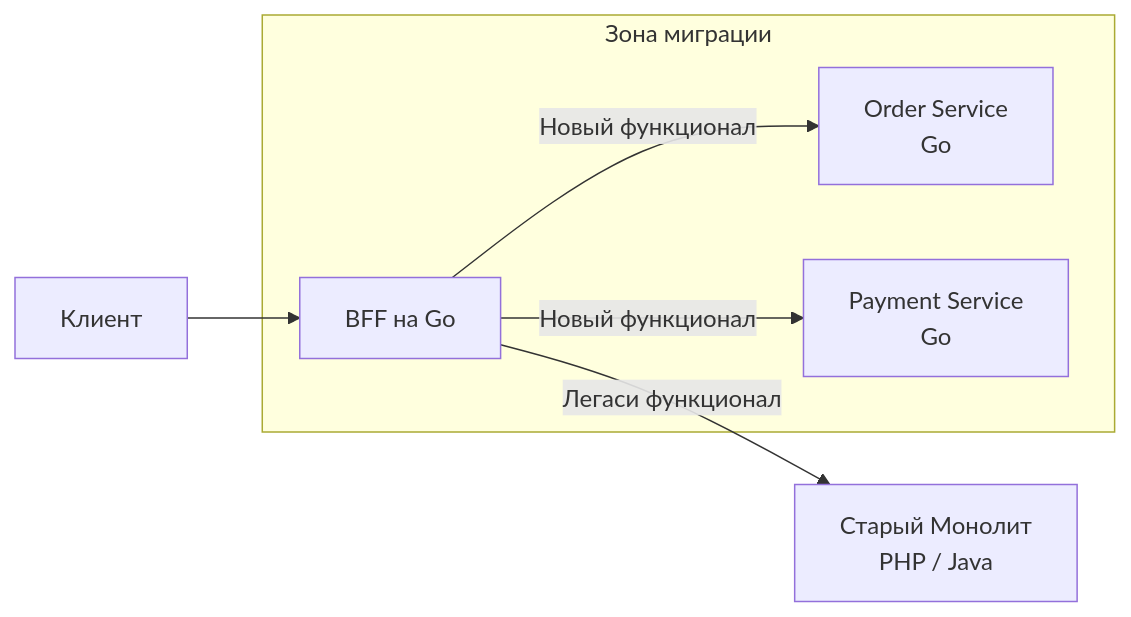
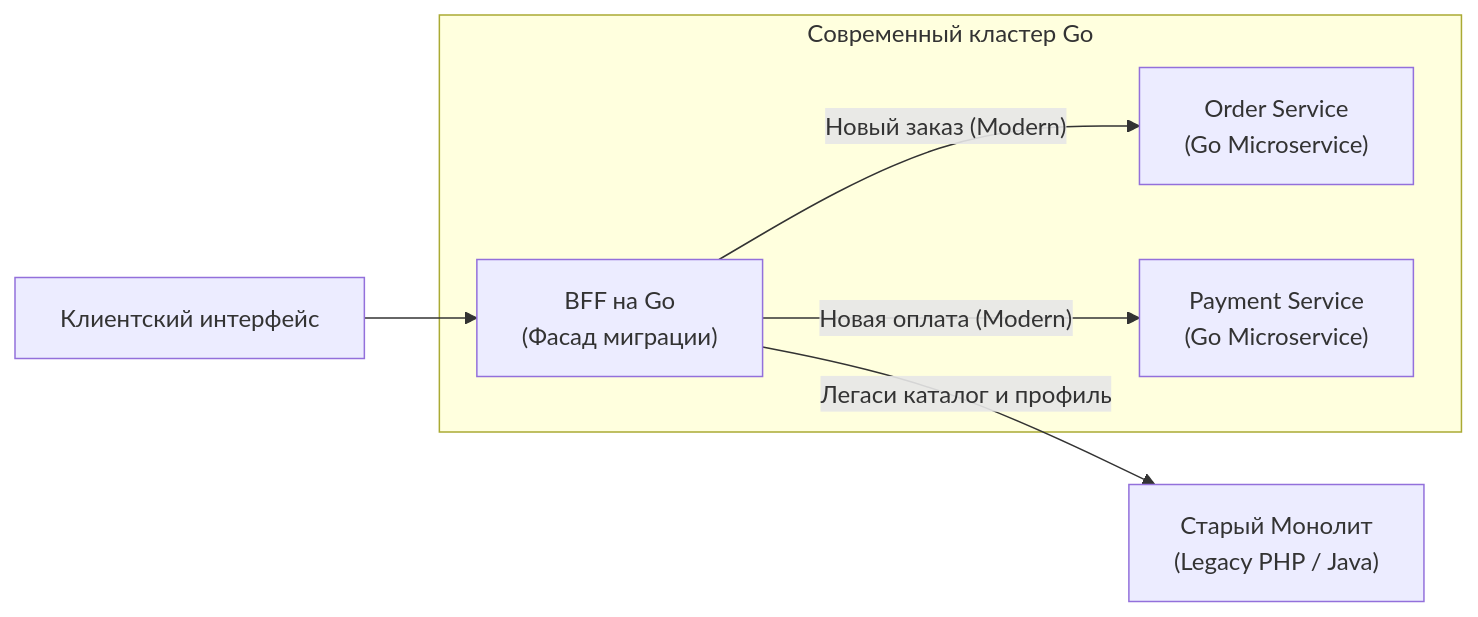
The second of 2 diagrams in sources/14. Распределенные системы на Go/09. Паттерны/6. Backend for frontend.md (UnrealTemplier/go-textbook), drawn with Mermaid before and after one commit. The commit also changed other lines of this file, not shown here.

````diff
--- a/sources/14. Распределенные системы на Go/09. Паттерны/6. Backend for frontend.md
+++ b/sources/14. Распределенные системы на Go/09. Паттерны/6. Backend for frontend.md
@@ -42,15 +68,15 @@
 ```mermaid
 flowchart LR
-    Client["Клиент"] --> BFF["BFF на Go"]
+    Client["Клиентский интерфейс"] --> BFF["BFF на Go<br>(Фасад миграции)"]
     
-    BFF -- "Новый функционал" --> NewOrder["Order Service<br>Go"]
-    BFF -- "Новый функционал" --> NewPay["Payment Service<br>Go"]
+    BFF -- "Новый заказ (Modern)" --> NewOrder["Order Service<br>(Go Microservice)"]
+    BFF -- "Новая оплата (Modern)" --> NewPay["Payment Service<br>(Go Microservice)"]
     
-    BFF -- "Легаси функционал" --> Legacy["Старый Монолит<br>PHP / Java"]
+    BFF -- "Легаси каталог и профиль" --> Legacy["Старый Монолит<br>(Legacy PHP / Java)"]
     
-    subgraph "Зона миграции"
+    subgraph "Современный кластер Go"
         BFF
         NewOrder
         NewPay
     end
 ```
````
